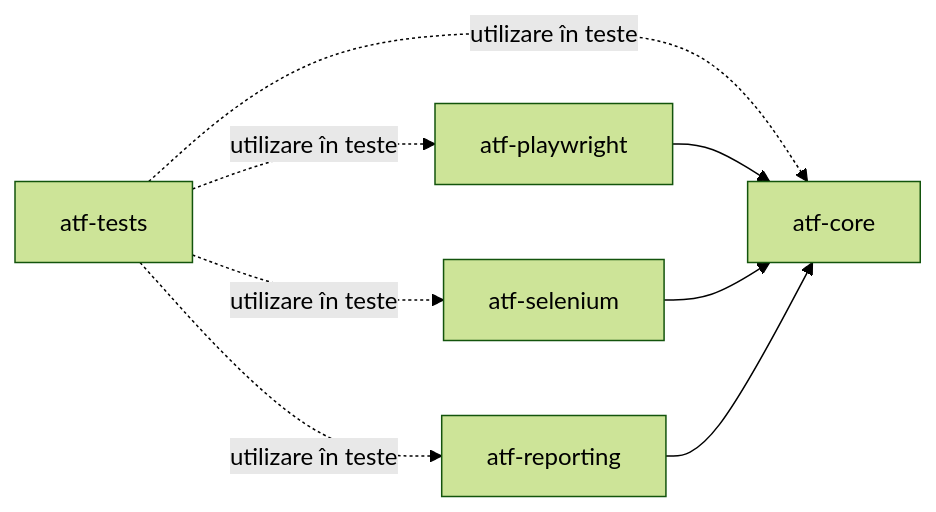
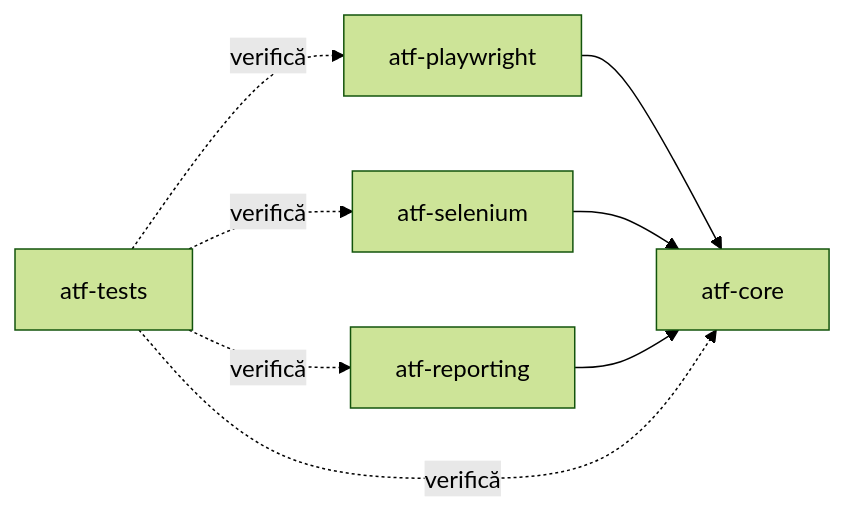
One commit to crististefanita/ATF_AI changed the first of 2 diagrams in README.md. Above: the diagram before and after it, drawn with Mermaid (forest theme). The commit also changed other lines of this file and 11 other files, not shown here.

````diff
--- a/README.md
+++ b/README.md
@@ -18,10 +19,10 @@
 ```mermaid
 flowchart LR
-    Tests["atf-tests"] -. utilizare în teste .-> Core["atf-core"]
-    Tests -. utilizare în teste .-> PW["atf-playwright"]
-    Tests -. utilizare în teste .-> SE["atf-selenium"]
-    Tests -. utilizare în teste .-> Reports["atf-reporting"]
-    PW --> Core
-    SE --> Core
-    Reports --> Core
+    PW["atf-playwright"] --> Core["atf-core"]
+    SE["atf-selenium"] --> Core
+    Reporting["atf-reporting"] --> Core
+    Tests["atf-tests"] -. verifică .-> Core
+    Tests -. verifică .-> PW
+    Tests -. verifică .-> SE
+    Tests -. verifică .-> Reporting
 ```
````
